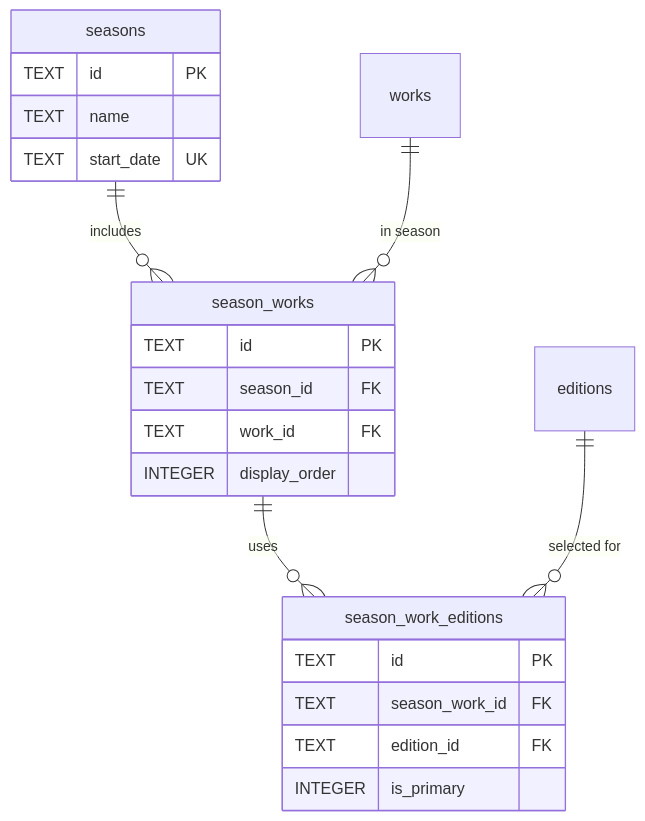
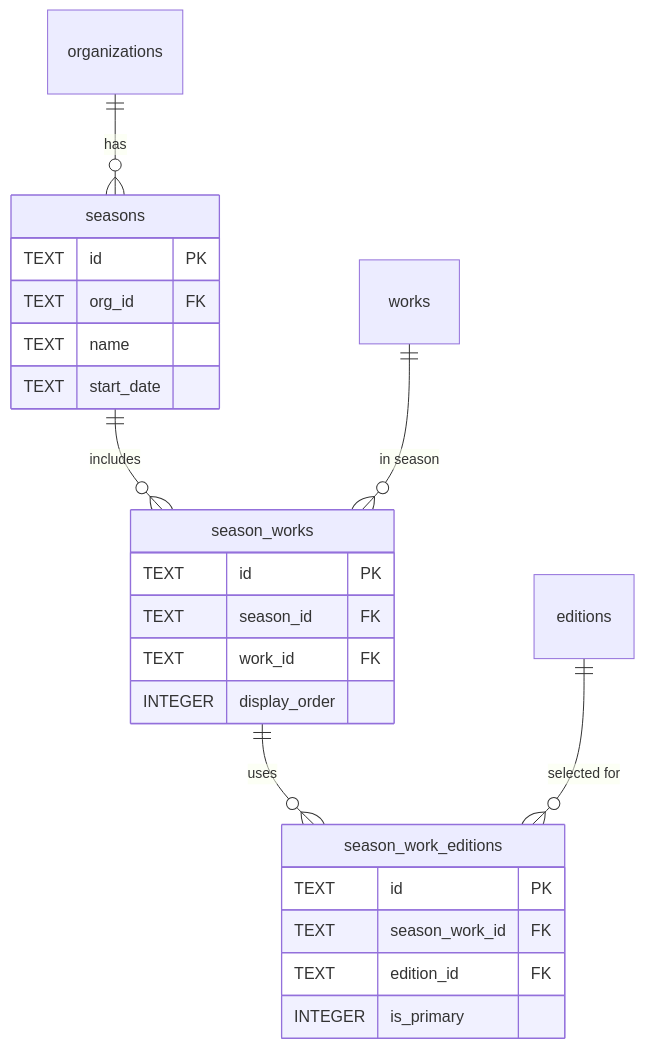
One commit to mitselek/polyphony changed the sixth of 9 diagrams in docs/DATABASE-SCHEMA.md. Above: the diagram before and after it, drawn with Mermaid. The commit also changed other lines of this file, not shown here.

First line of the commit message:
docs: rewrite DATABASE-SCHEMA.md for Schema V2

````diff
--- a/docs/DATABASE-SCHEMA.md
+++ b/docs/DATABASE-SCHEMA.md
@@ -439,27 +557,29 @@
 ```mermaid
 erDiagram
+    organizations ||--o{ seasons : "has"
     seasons ||--o{ season_works : "includes"
     works ||--o{ season_works : "in season"
     season_works ||--o{ season_work_editions : "uses"
     editions ||--o{ season_work_editions : "selected for"
 
     seasons {
         TEXT id PK
+        TEXT org_id FK
         TEXT name
-        TEXT start_date UK
+        TEXT start_date
     }
 
     season_works {
         TEXT id PK
         TEXT season_id FK
         TEXT work_id FK
         INTEGER display_order
     }
 
     season_work_editions {
         TEXT id PK
         TEXT season_work_id FK
         TEXT edition_id FK
         INTEGER is_primary
     }
 ```
````
